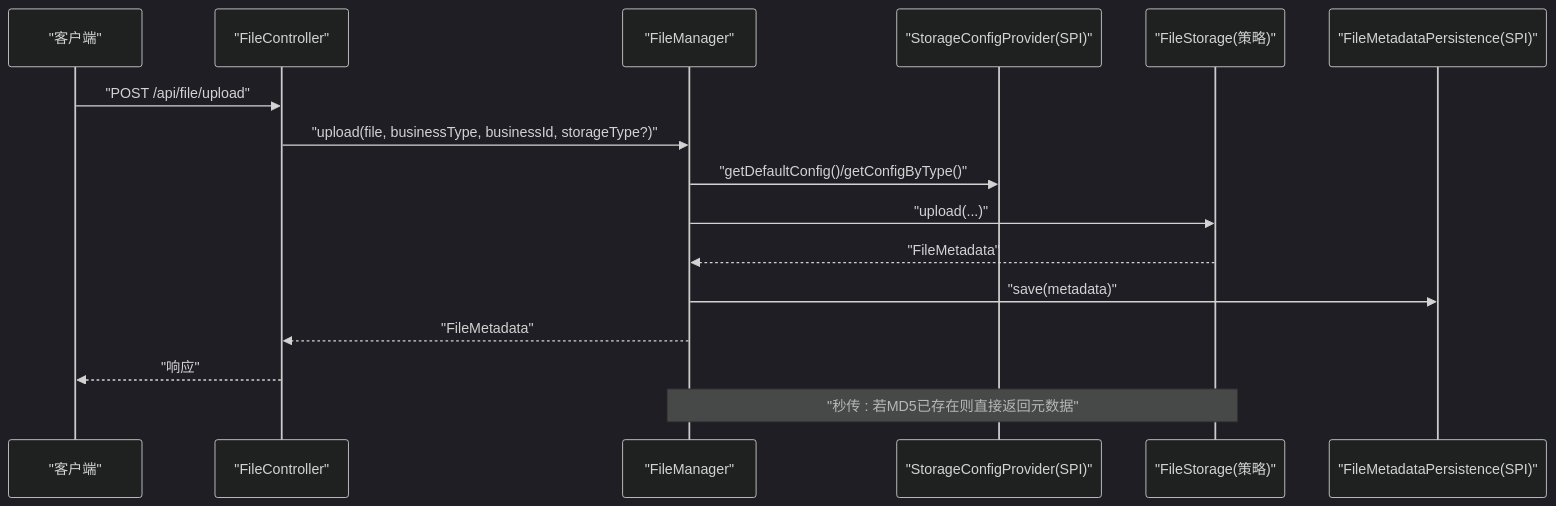
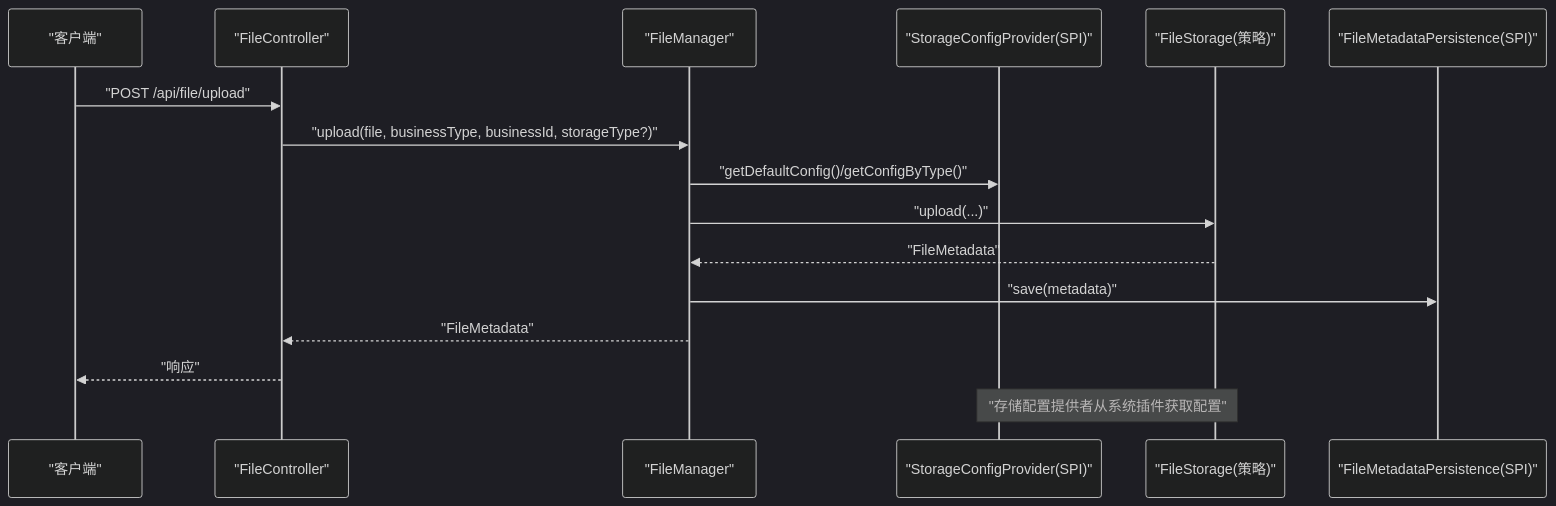
Before and after one commit to yaomindong1996/forge-admin: the second of 7 diagrams in .qoder/repowiki/zh/content/后端框架详解/存储模块/存储模块.md, drawn with Mermaid (dark theme). The commit also changed other lines of this file and 76 other files, not shown here.

````diff
--- a/.qoder/repowiki/zh/content/后端框架详解/存储模块/存储模块.md
+++ b/.qoder/repowiki/zh/content/后端框架详解/存储模块/存储模块.md
@@ -112,18 +145,18 @@
 ```mermaid
 sequenceDiagram
 participant C as "客户端"
 participant Ctrl as "FileController"
 participant FM as "FileManager"
 participant SP as "StorageConfigProvider(SPI)"
 participant ST as "FileStorage(策略)"
 participant MP as "FileMetadataPersistence(SPI)"
 C->>Ctrl : "POST /api/file/upload"
 Ctrl->>FM : "upload(file, businessType, businessId, storageType?)"
 FM->>SP : "getDefaultConfig()/getConfigByType()"
 FM->>ST : "upload(...)"
 ST-->>FM : "FileMetadata"
 FM->>MP : "save(metadata)"
 FM-->>Ctrl : "FileMetadata"
 Ctrl-->>C : "响应"
-Note over FM,ST : "秒传 : 若MD5已存在则直接返回元数据"
+Note over SP,ST : "存储配置提供者从系统插件获取配置"
 ```
````
